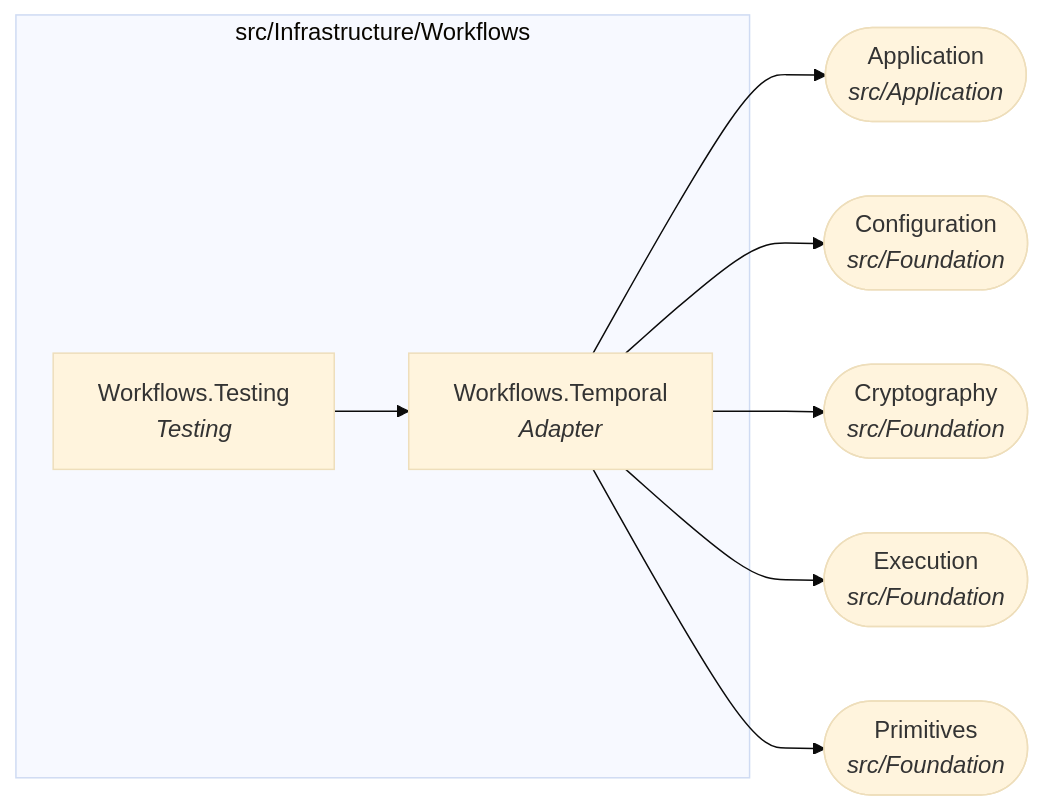
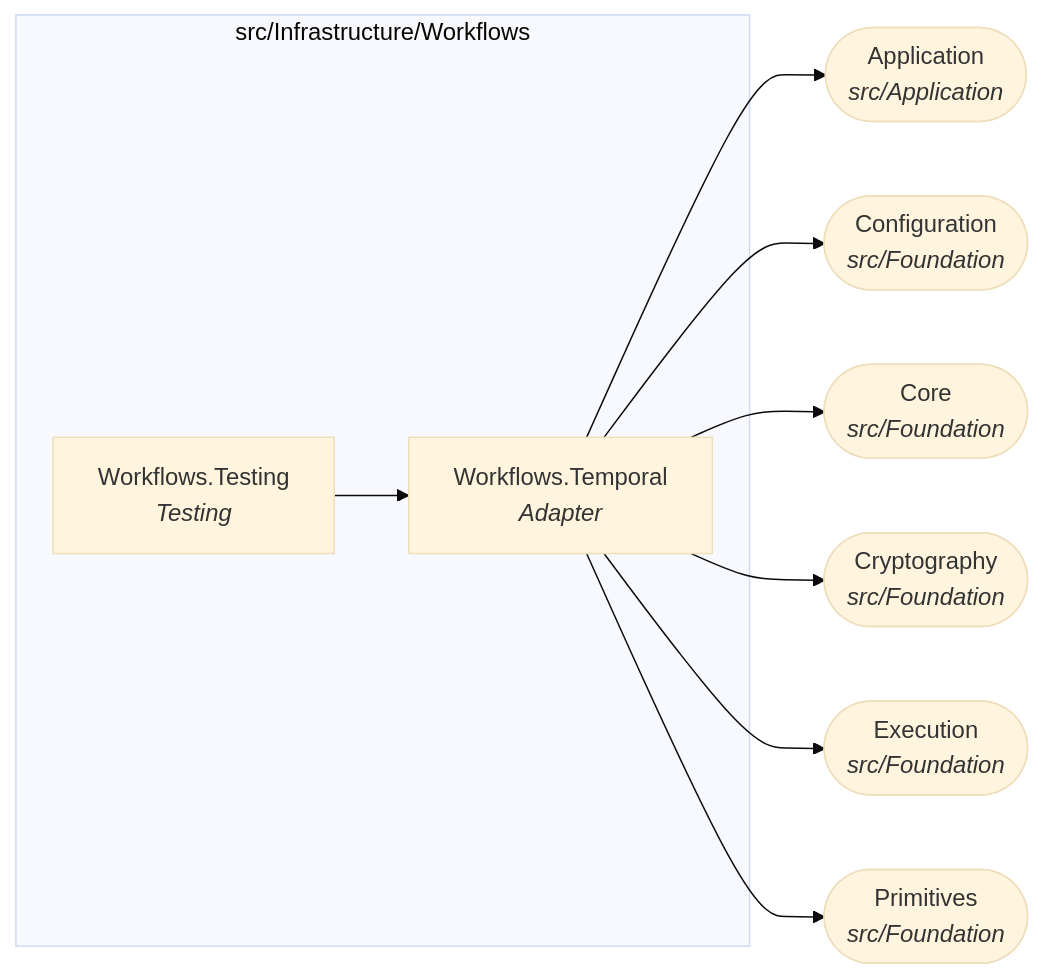
Before and after one commit to Gresta-Vertex-Labs/platform-shared-kernel: diagram 18 of 22 in docs/dependency-graph.md, drawn with Mermaid (base theme). The commit also changed other lines of this file and 1494 other files, not shown here.

````diff
--- a/docs/dependency-graph.md
+++ b/docs/dependency-graph.md
@@ -630,18 +652,20 @@
 ```mermaid
 flowchart LR
   subgraph folder_src_Infrastructure_Workflows["src/Infrastructure/Workflows"]
     SharedKernel_Workflows_Temporal["Workflows.Temporal<br/><i>Adapter</i>"]
     SharedKernel_Workflows_Testing["Workflows.Testing<br/><i>Testing</i>"]
   end
   SharedKernel_Application(["Application<br/><i>src/Application</i>"])
   SharedKernel_Configuration(["Configuration<br/><i>src/Foundation</i>"])
+  SharedKernel_Core(["Core<br/><i>src/Foundation</i>"])
   SharedKernel_Cryptography(["Cryptography<br/><i>src/Foundation</i>"])
   SharedKernel_Execution(["Execution<br/><i>src/Foundation</i>"])
   SharedKernel_Primitives(["Primitives<br/><i>src/Foundation</i>"])
   SharedKernel_Workflows_Temporal --> SharedKernel_Application
   SharedKernel_Workflows_Temporal --> SharedKernel_Configuration
+  SharedKernel_Workflows_Temporal --> SharedKernel_Core
   SharedKernel_Workflows_Temporal --> SharedKernel_Cryptography
   SharedKernel_Workflows_Temporal --> SharedKernel_Execution
   SharedKernel_Workflows_Temporal --> SharedKernel_Primitives
   SharedKernel_Workflows_Testing --> SharedKernel_Workflows_Temporal
 ```
````
